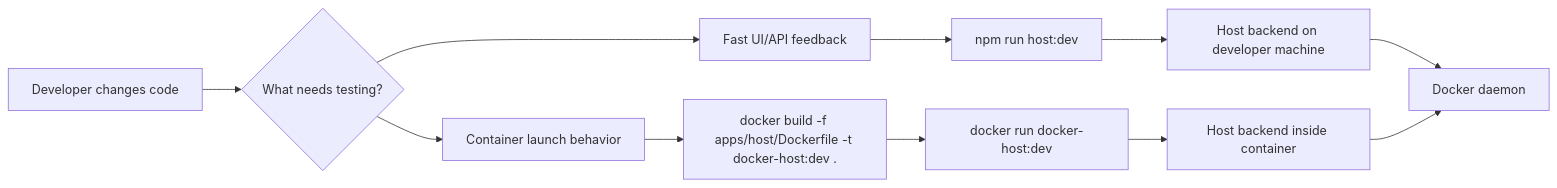
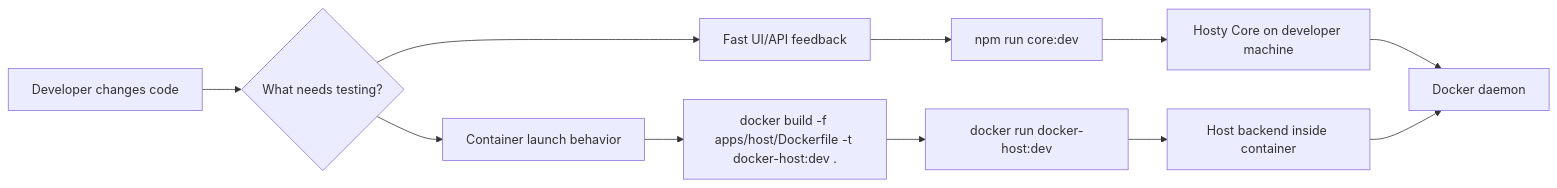
One commit to alex-de-haas/docker-host changed the diagram in docs/features/local-development.md. Above: the diagram before and after it, drawn with Mermaid. The commit also changed other lines of this file and 107 other files, not shown here.

Commit message:
Refactor host commands for Core and Shell split

````diff
--- a/docs/features/local-development.md
+++ b/docs/features/local-development.md
@@ -14,13 +14,13 @@
 ```mermaid
 flowchart LR
   A["Developer changes code"] --> B{"What needs testing?"}
   B --> C["Fast UI/API feedback"]
   B --> D["Container launch behavior"]
-  C --> E["npm run host:dev"]
-  E --> F["Host backend on developer machine"]
+  C --> E["npm run core:dev"]
+  E --> F["Hosty Core on developer machine"]
   F --> G["Docker daemon"]
   D --> H["docker build -f apps/host/Dockerfile -t docker-host:dev ."]
   H --> I["docker run docker-host:dev"]
   I --> J["Host backend inside container"]
   J --> G
 ```
````
